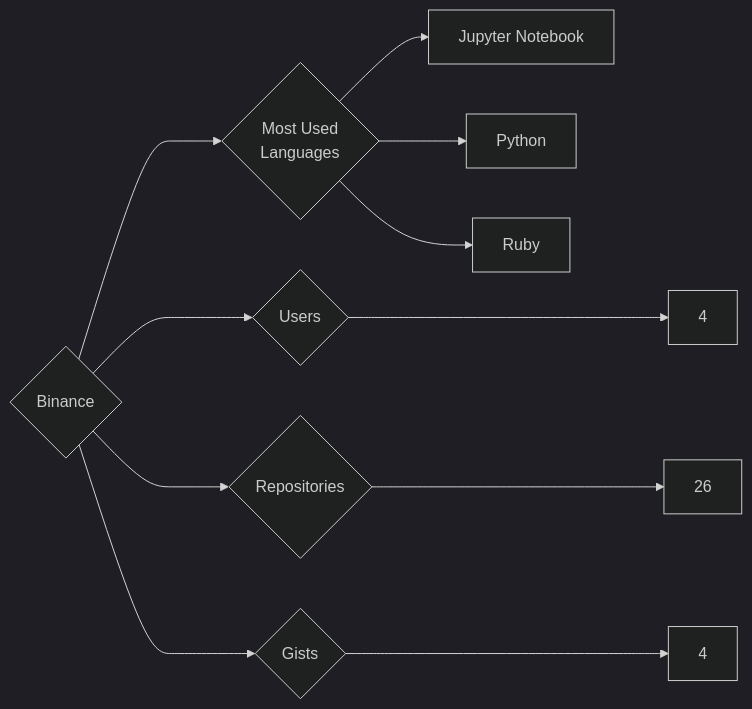
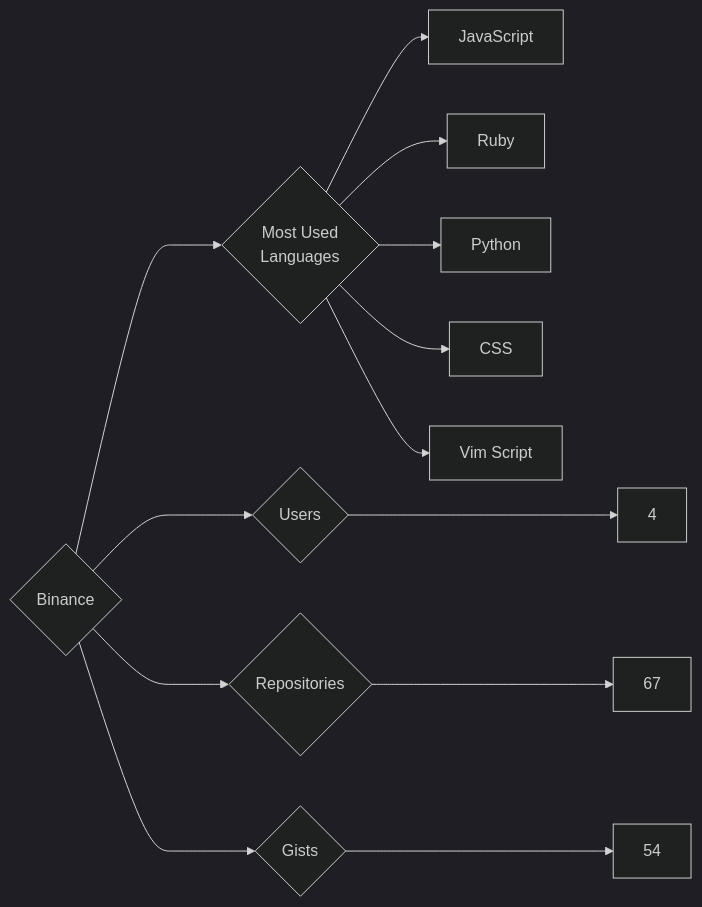
One commit to trickest/insiders changed the diagram in targets/Binance/README.md. Above: the diagram before and after it, drawn with Mermaid (dark theme). The commit also changed 865 other files, not shown here.

````diff
--- a/targets/Binance/README.md
+++ b/targets/Binance/README.md
@@ -3,11 +3,13 @@
 ```mermaid
 graph LR
 COMPANY_NAME{Binance}
 COMPANY_NAME ---> U{Users} ---> UN[4]
-COMPANY_NAME ---> R{Repositories} ---> RN[26]
-COMPANY_NAME ---> G{Gists} ---> GN[4]
+COMPANY_NAME ---> R{Repositories} ---> RN[67]
+COMPANY_NAME ---> G{Gists} ---> GN[54]
 COMPANY_NAME ---> ML{Most Used<br>Languages}
-ML --> Jupyter_Notebook[Jupyter Notebook]
+ML --> JavaScript[JavaScript]
+ML --> Ruby[Ruby]
 ML --> Python[Python]
-ML --> Ruby[Ruby]
+ML --> CSS[CSS]
+ML --> Vim_Script[Vim Script]
 ```
````
